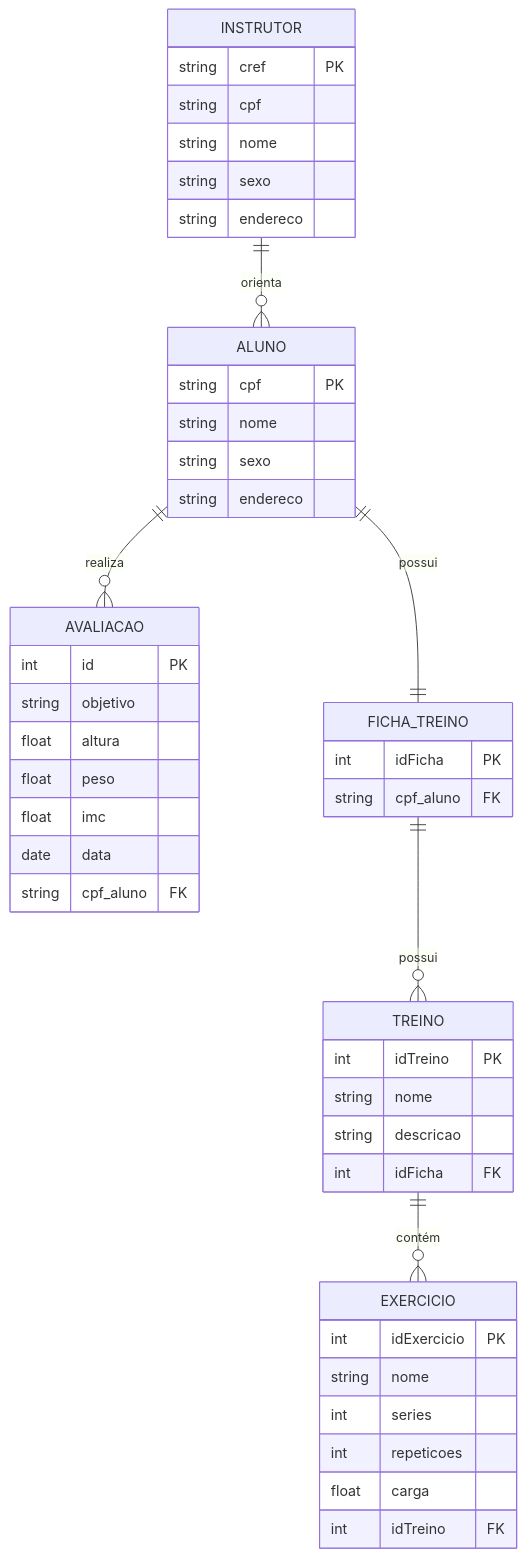
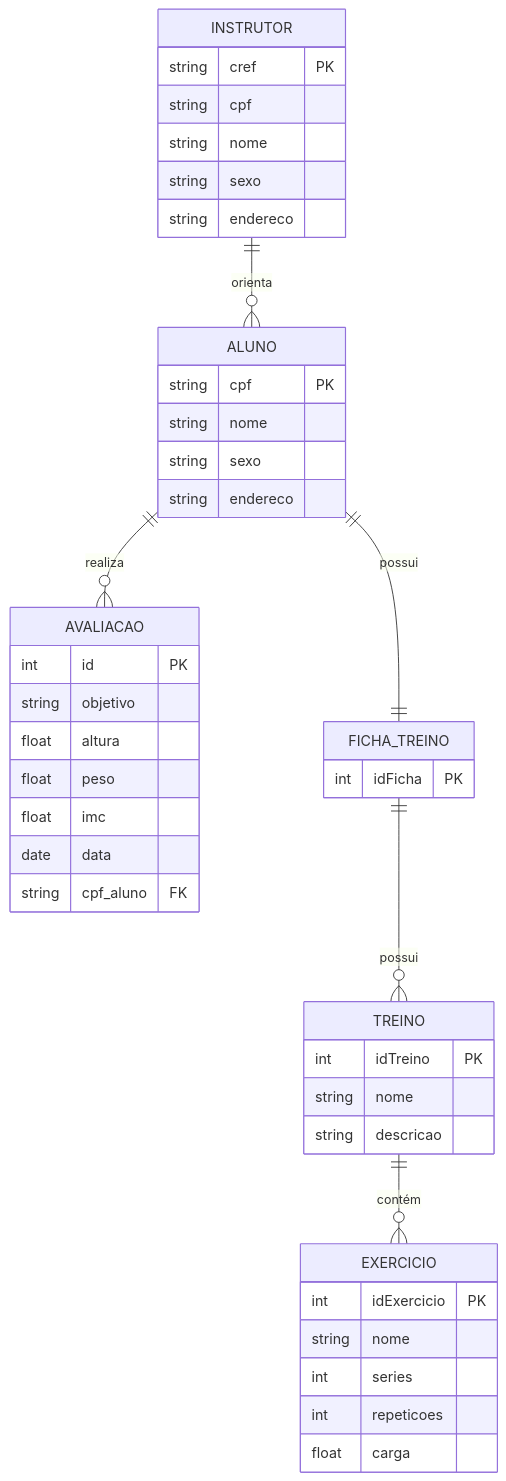
One commit to Diego-Axel/bancoDeDados changed the diagram in atividades/tarefa01/README.md. Above: the diagram before and after it, drawn with Mermaid.

Commit message:
Atualizando o README da atividade

````diff
--- a/atividades/tarefa01/README.md
+++ b/atividades/tarefa01/README.md
@@ -75,54 +75,51 @@
 ```mermaid
 erDiagram
     ALUNO {
         string cpf PK
         string nome
         string sexo
         string endereco
     }
 
     INSTRUTOR {
         string cref PK
         string cpf
         string nome
         string sexo
         string endereco
     }
 
     AVALIACAO {
         int id PK
         string objetivo
         float altura
         float peso
         float imc
         date data
         string cpf_aluno FK
     }
 
     FICHA_TREINO {
         int idFicha PK
-        string cpf_aluno FK
     }
 
     TREINO {
         int idTreino PK
         string nome
         string descricao
-        int idFicha FK
     }
 
     EXERCICIO {
         int idExercicio PK
         string nome
         int series
         int repeticoes
         float carga
-        int idTreino FK
     }
 
     ALUNO ||--o{ AVALIACAO : "realiza"
     ALUNO ||--|| FICHA_TREINO : "possui"
     INSTRUTOR ||--o{ ALUNO : "orienta"
     FICHA_TREINO ||--o{ TREINO : "possui"
     TREINO ||--o{ EXERCICIO : "contém"
 ```
````
